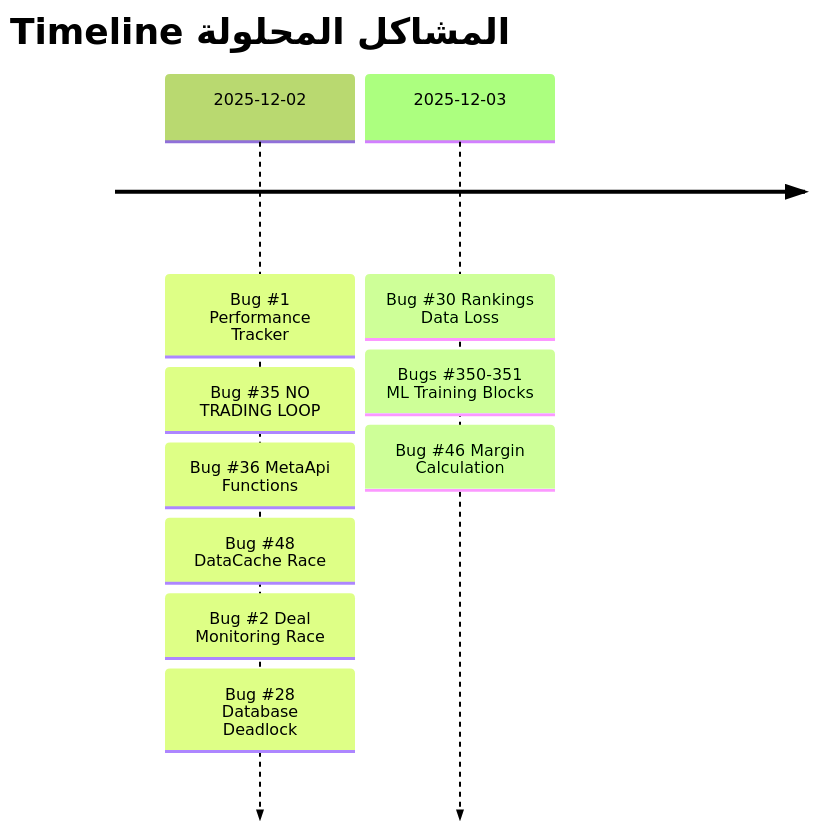
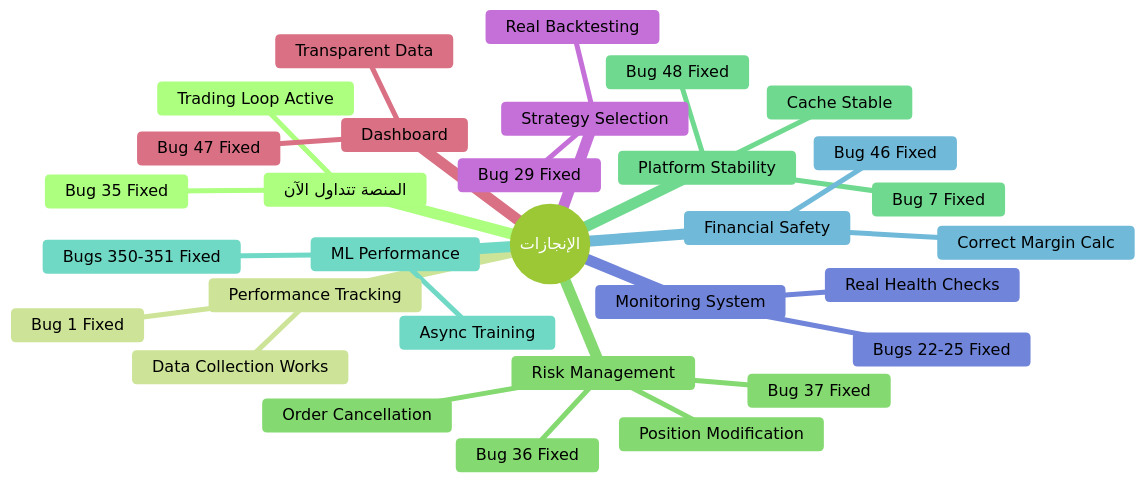
One commit to olevar2/Auj6 changed the third of 6 diagrams in docs/reports/COMPLETE_BUG_VERIFICATION_REPORT_NEW.md. Above: the diagram before and after it, drawn with Mermaid (forest theme). The commit also changed other lines of this file and 18 other files, not shown here.

````diff
--- a/docs/reports/COMPLETE_BUG_VERIFICATION_REPORT_NEW.md
+++ b/docs/reports/COMPLETE_BUG_VERIFICATION_REPORT_NEW.md
@@ -66,13 +366,34 @@
 ```mermaid
-timeline
-    title Timeline المشاكل المحلولة
-    2025-12-02 : Bug #1 Performance Tracker
-               : Bug #35 NO TRADING LOOP
-               : Bug #36 MetaApi Functions
-               : Bug #48 DataCache Race
-               : Bug #2 Deal Monitoring Race
-               : Bug #28 Database Deadlock
-    2025-12-03 : Bug #30 Rankings Data Loss
-               : Bugs #350-351 ML Training Blocks
-               : Bug #46 Margin Calculation
+mindmap
+  root((الإنجازات))
+    المنصة تتداول الآن
+      Bug 35 Fixed
+      Trading Loop Active
+    Performance Tracking
+      Bug 1 Fixed
+      Data Collection Works
+    Risk Management
+      Bug 36 Fixed
+      Bug 37 Fixed
+      Position Modification
+      Order Cancellation
+    Platform Stability
+      Bug 48 Fixed
+      Bug 7 Fixed
+      Cache Stable
+    ML Performance
+      Bugs 350-351 Fixed
+      Async Training
+    Financial Safety
+      Bug 46 Fixed
+      Correct Margin Calc
+    Monitoring System
+      Bugs 22-25 Fixed
+      Real Health Checks
+    Strategy Selection
+      Bug 29 Fixed
+      Real Backtesting
+    Dashboard
+      Bug 47 Fixed
+      Transparent Data
 ```
````
